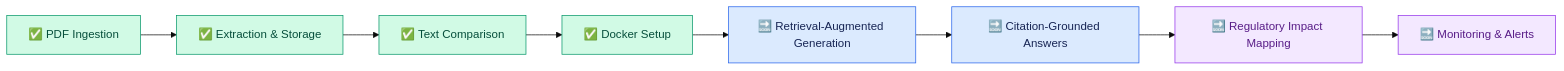
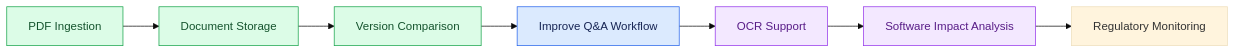
One commit to rajshreesinha-23/regulalens-ai changed the sixth of 6 diagrams in README.md. Above: the diagram before and after it, drawn with Mermaid (base theme). The commit also changed other lines of this file, not shown here.

````diff
--- a/README.md
+++ b/README.md
@@ -183,19 +186,16 @@
 ```mermaid
 flowchart LR
-    A["✅ PDF Ingestion"] --> B["✅ Extraction & Storage"]
-    B --> C["✅ Text Comparison"]
-    C --> D["✅ Docker Setup"]
-    D --> E["🔜 Retrieval-Augmented Generation"]
-    E --> F["🔜 Citation-Grounded Answers"]
-    F --> G["🔜 Regulatory Impact Mapping"]
-    G --> H["🔜 Monitoring & Alerts"]
+    A[PDF Ingestion] --> B[Document Storage]
+    B --> C[Version Comparison]
+    C --> D[Improve Q&A Workflow]
+    D --> E[OCR Support]
+    E --> F[Software Impact Analysis]
+    F --> G[Regulatory Monitoring]
 
-    style A fill:#D1FAE5,stroke:#059669,color:#064E3B
-    style B fill:#D1FAE5,stroke:#059669,color:#064E3B
-    style C fill:#D1FAE5,stroke:#059669,color:#064E3B
-    style D fill:#D1FAE5,stroke:#059669,color:#064E3B
-    style E fill:#DBEAFE,stroke:#2563EB,color:#172554
-    style F fill:#DBEAFE,stroke:#2563EB,color:#172554
-    style G fill:#F3E8FF,stroke:#9333EA,color:#581C87
-    style H fill:#F3E8FF,stroke:#9333EA,color:#581C87
+    style A fill:#dcfce7,stroke:#16a34a,color:#14532d
+    style B fill:#dcfce7,stroke:#16a34a,color:#14532d
+    style C fill:#dcfce7,stroke:#16a34a,color:#14532d
+    style D fill:#dbeafe,stroke:#2563eb,color:#172554
+    style E fill:#f3e8ff,stroke:#9333ea,color:#581c87
+    style F fill:#f3e8ff,stroke:#9333ea,color:#581c87
 ```
````
